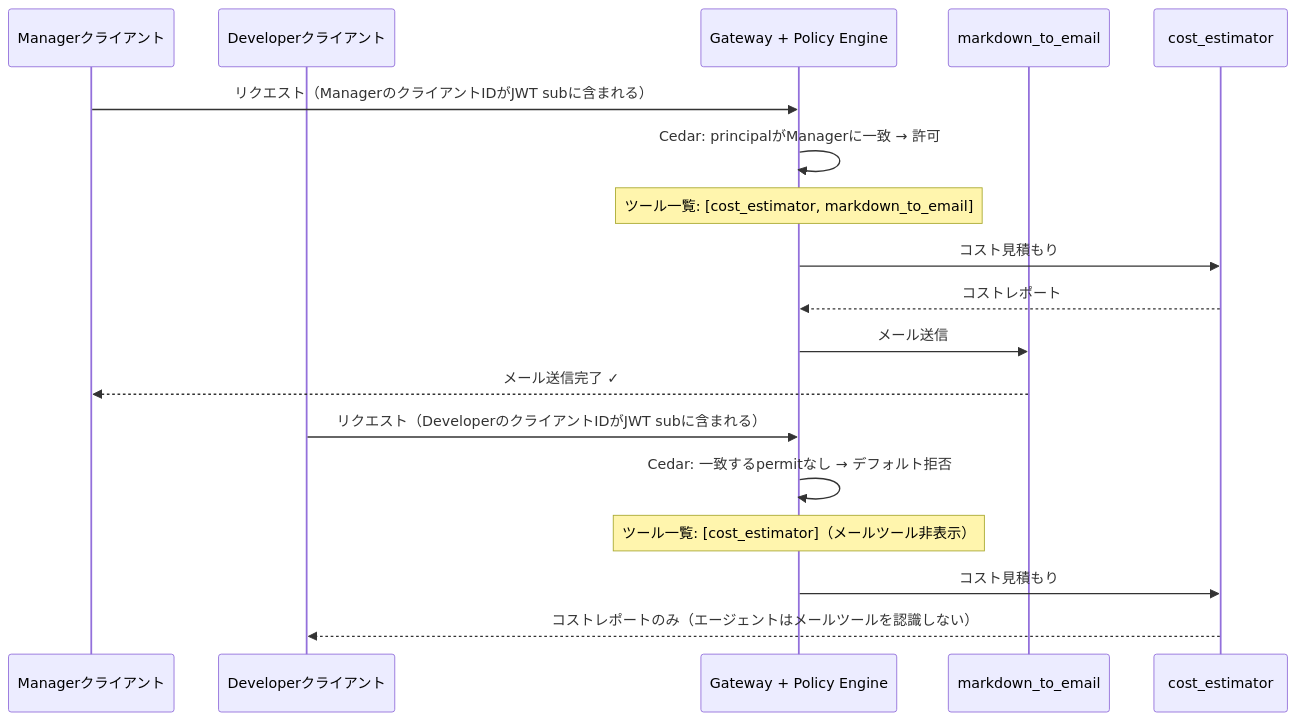
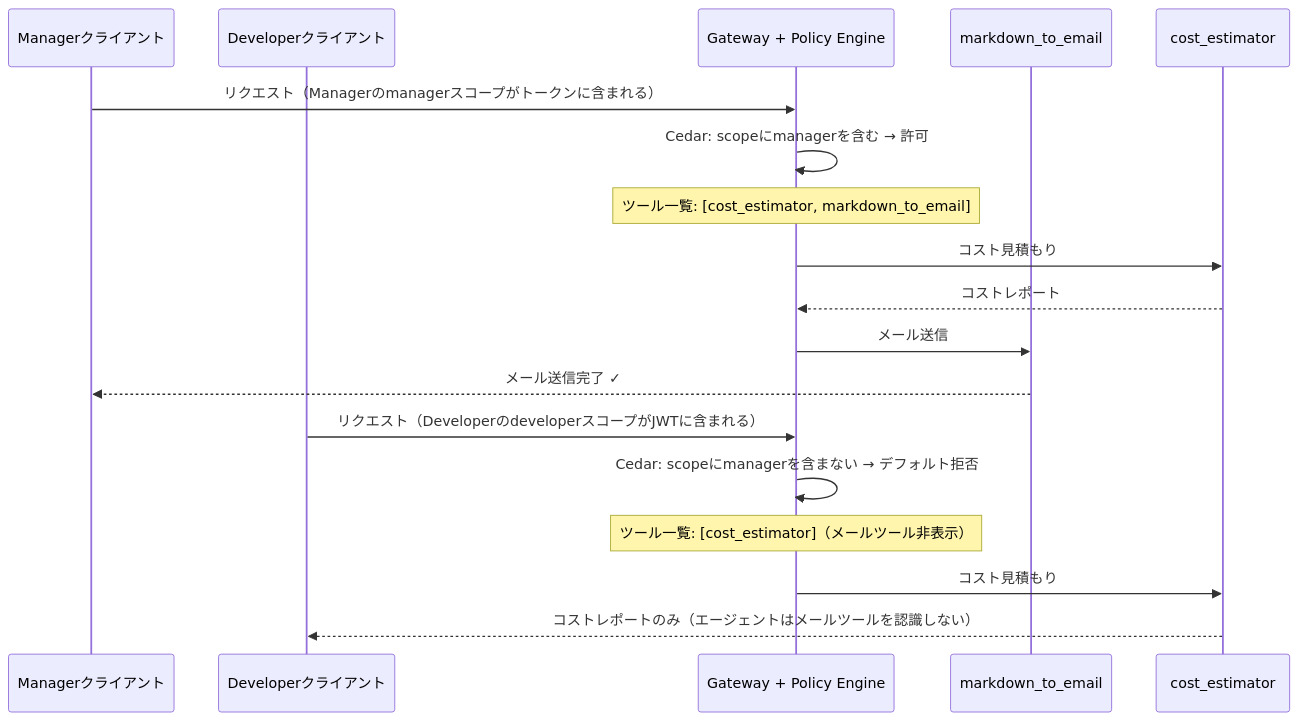
Before and after one commit to aws-samples/sample-amazon-bedrock-agentcore-onboarding: the diagram in 08_policy/README_ja.md, drawn with Mermaid. The commit also changed other lines of this file and 4 other files, not shown here.

````diff
--- a/08_policy/README_ja.md
+++ b/08_policy/README_ja.md
@@ -115,22 +99,22 @@
 ```mermaid
 sequenceDiagram
     participant M as Managerクライアント
     participant D as Developerクライアント
     participant GW as Gateway + Policy Engine
     participant Tool as markdown_to_email
     participant CE as cost_estimator
 
-    M->>GW: リクエスト（ManagerのクライアントIDがJWT subに含まれる）
-    GW->>GW: Cedar: principalがManagerに一致 → 許可
+    M->>GW: リクエスト（Managerのmanagerスコープがトークンに含まれる）
+    GW->>GW: Cedar: scopeにmanagerを含む → 許可
     Note over GW: ツール一覧: [cost_estimator, markdown_to_email]
     GW->>CE: コスト見積もり
     CE-->>GW: コストレポート
     GW->>Tool: メール送信
     Tool-->>M: メール送信完了 ✓
 
-    D->>GW: リクエスト（DeveloperのクライアントIDがJWT subに含まれる）
-    GW->>GW: Cedar: 一致するpermitなし → デフォルト拒否
+    D->>GW: リクエスト（DeveloperのdeveloperスコープがJWTに含まれる）
+    GW->>GW: Cedar: scopeにmanagerを含まない → デフォルト拒否
     Note over GW: ツール一覧: [cost_estimator]（メールツール非表示）
     GW->>CE: コスト見積もり
     CE-->>D: コストレポートのみ（エージェントはメールツールを認識しない）
 ```
````
